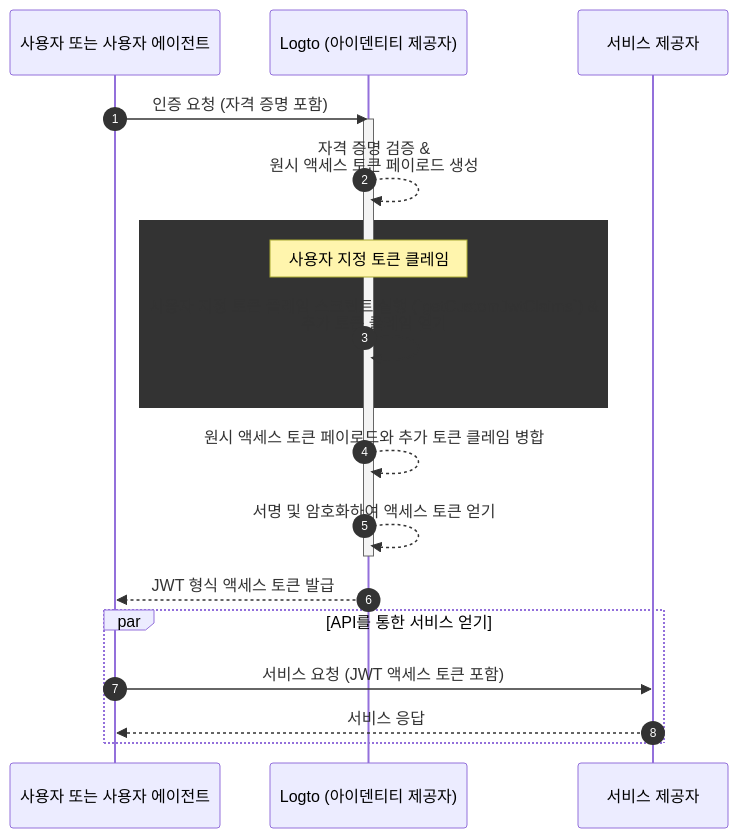
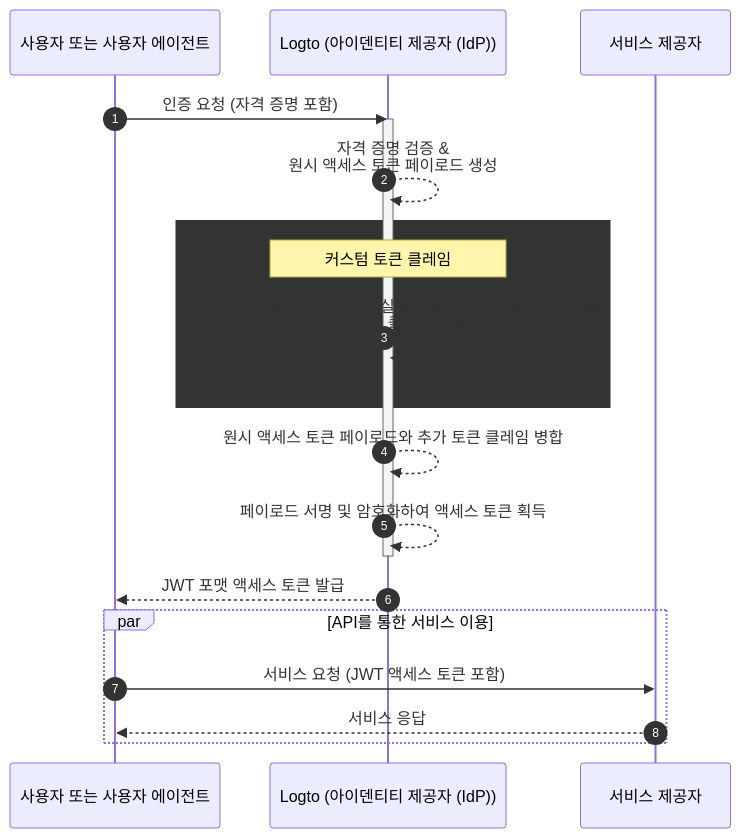
The diagram in i18n/ko/docusaurus-plugin-content-docs/current/developers/custom-token-claims/README.mdx (logto-io/docs), drawn with Mermaid before and after one commit. The commit also changed other lines of this file and 580 other files, not shown here.

````diff
--- a/i18n/ko/docusaurus-plugin-content-docs/current/developers/custom-token-claims/README.mdx
+++ b/i18n/ko/docusaurus-plugin-content-docs/current/developers/custom-token-claims/README.mdx
@@ -26,23 +26,23 @@
 ```mermaid
 sequenceDiagram
   participant U as 사용자 또는 사용자 에이전트
-  participant IdP as Logto (아이덴티티 제공자)
+  participant IdP as Logto (아이덴티티 제공자 (IdP))
   participant SP as 서비스 제공자
 
   autonumber
   U ->> IdP: 인증 요청 (자격 증명 포함)
   activate IdP
   IdP-->>IdP: 자격 증명 검증 &<br/>원시 액세스 토큰 페이로드 생성
   rect var(--mermaid-rect-fill)
-  note over IdP: 사용자 지정 토큰 클레임
-  IdP->>IdP: 사용자 지정 토큰 클레임 스크립트 실행 (`getCustomJwtClaims`) &<br/>추가 토큰 클레임 얻기
+  note over IdP: 커스텀 토큰 클레임
+  IdP->>IdP: 커스텀 토큰 클레임 스크립트 실행 (`getCustomJwtClaims`) &<br/>추가 토큰 클레임 획득
   end
   IdP-->>IdP: 원시 액세스 토큰 페이로드와 추가 토큰 클레임 병합
-  IdP-->>IdP: 서명 및 암호화하여 액세스 토큰 얻기
+  IdP-->>IdP: 페이로드 서명 및 암호화하여 액세스 토큰 획득
   deactivate IdP
-  IdP-->>U: JWT 형식 액세스 토큰 발급
-  par API를 통한 서비스 얻기
+  IdP-->>U: JWT 포맷 액세스 토큰 발급
+  par API를 통한 서비스 이용
   U->>SP: 서비스 요청 (JWT 액세스 토큰 포함)
   SP-->>U: 서비스 응답
   end
 ```
````
